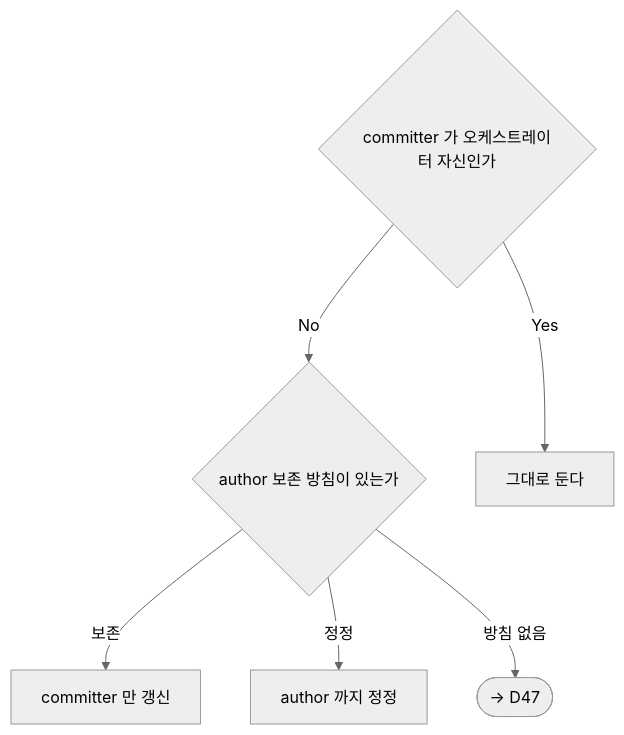
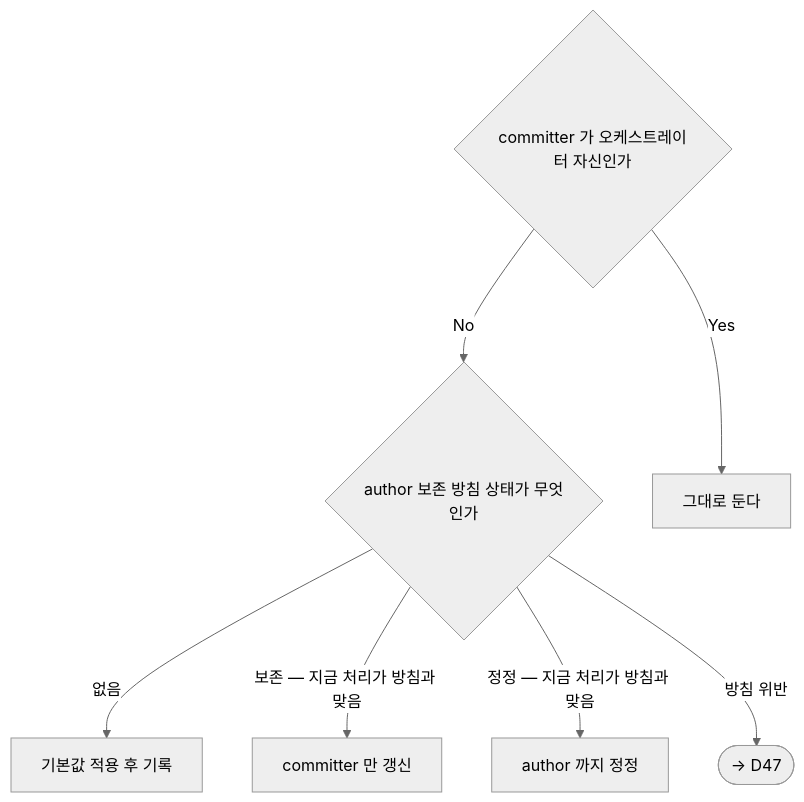
The seventh of 7 diagrams in plugins/atelier/skills/orchestrator/references/merge-coordinator.md (kys0213/kys-claude-plugin), drawn with Mermaid (neutral theme) before and after one commit. The commit also changed other lines of this file, not shown here.

First line of the commit message:
docs(atelier): close merge-coordinator graph gaps

````diff
--- a/plugins/atelier/skills/orchestrator/references/merge-coordinator.md
+++ b/plugins/atelier/skills/orchestrator/references/merge-coordinator.md
@@ -188,14 +188,16 @@
 ```mermaid
 flowchart TD
   D52_q1{"committer 가 오케스트레이터 자신인가"}
-  D52_q2{"author 보존 방침이 있는가"}
+  D52_q2{"author 보존 방침 상태가 무엇인가"}
   D52_t1["그대로 둔다"]
   D52_t2["committer 만 갱신"]
   D52_t3["author 까지 정정"]
+  D52_t4["기본값 적용 후 기록"]
   D52_n1(["→ D47"])
   D52_q1 -->|Yes| D52_t1
   D52_q1 -->|No| D52_q2
-  D52_q2 -->|보존| D52_t2
-  D52_q2 -->|정정| D52_t3
-  D52_q2 -->|방침 없음| D52_n1
+  D52_q2 -->|없음| D52_t4
+  D52_q2 -->|보존 — 지금 처리가 방침과 맞음| D52_t2
+  D52_q2 -->|정정 — 지금 처리가 방침과 맞음| D52_t3
+  D52_q2 -->|방침 위반| D52_n1
 ```
````
